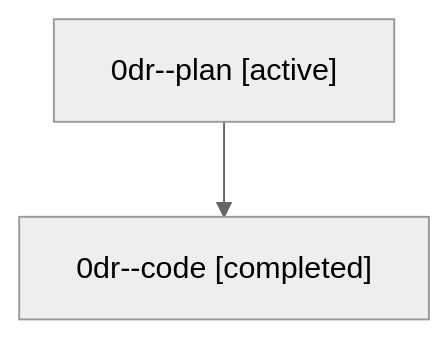
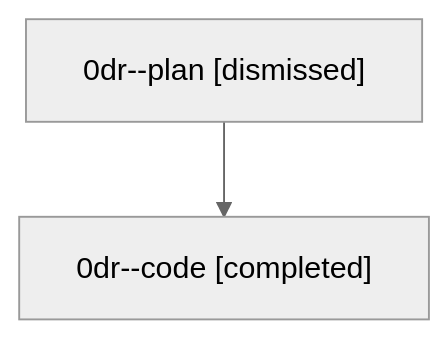
Before and after one commit to sase-org/sase--agents: the diagram in sessions/bbugyi200.athena.0dr.md, drawn with Mermaid (neutral theme). The commit also changed other lines of this file and 35 other files, not shown here.

````diff
--- a/sessions/bbugyi200.athena.0dr.md
+++ b/sessions/bbugyi200.athena.0dr.md
@@ -9,6 +9,6 @@
 ```mermaid
 flowchart TD
-  n0["0dr--plan [active]"]
+  n0["0dr--plan [dismissed]"]
   n1["0dr--code [completed]"]
   n0 --> n1
 ```
````
